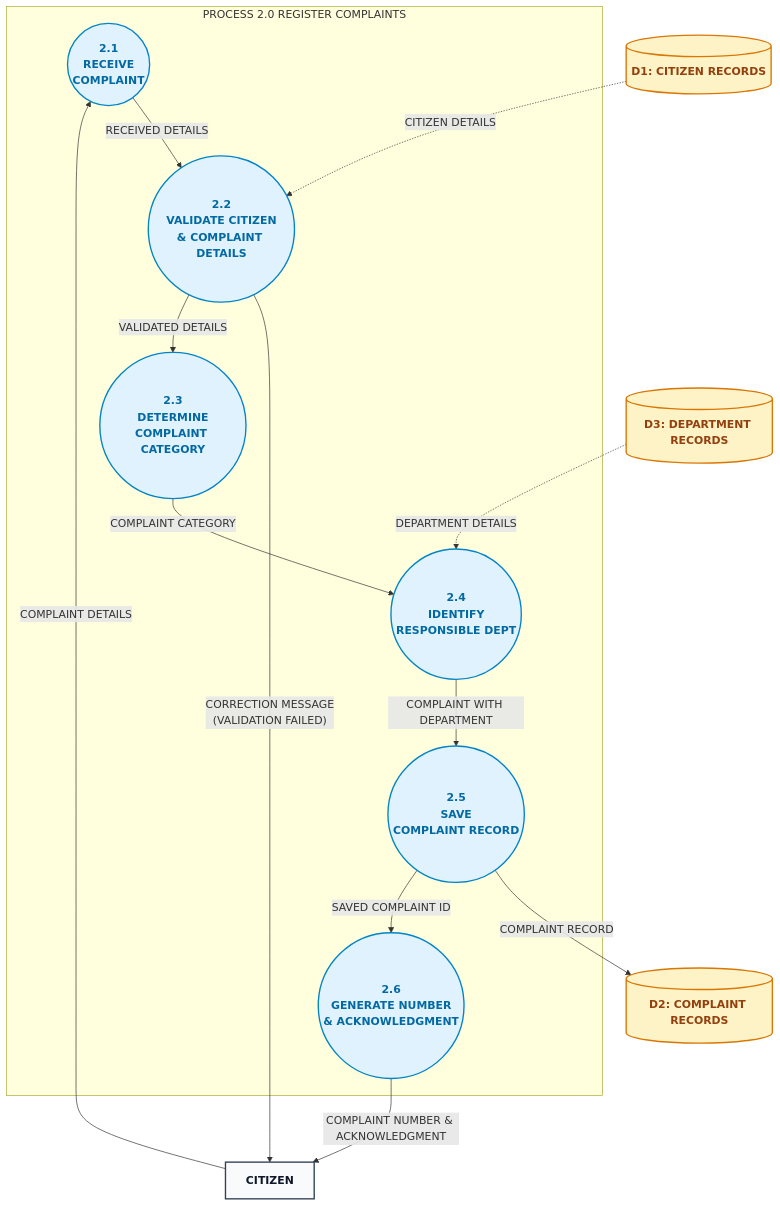
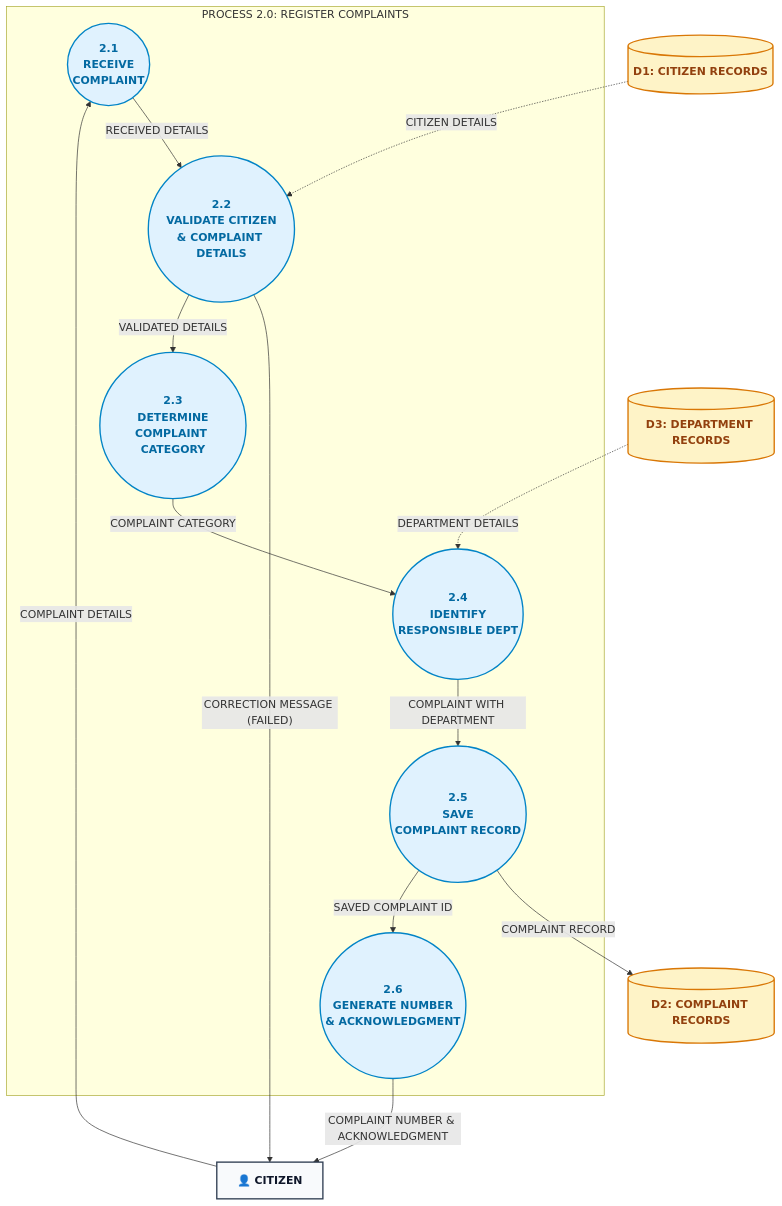
Before and after one commit to Arish026/municipal-complaint-system: the sixth of 6 diagrams in docs/SYSTEM_DIAGRAMS.md, drawn with Mermaid. The commit also changed other lines of this file and 9 other files, not shown here.

Commit message:
docs: separate diagrams into individual files (erd, semantic net, dfd l0-l2) with enhanced mermaid styling

````diff
--- a/docs/SYSTEM_DIAGRAMS.md
+++ b/docs/SYSTEM_DIAGRAMS.md
@@ -424,45 +430,37 @@
 ```mermaid
 flowchart TD
-    %% Boundary
-    subgraph P2["PROCESS 2.0 REGISTER COMPLAINTS"]
+    subgraph P2 ["PROCESS 2.0: REGISTER COMPLAINTS"]
         P2_1(("2.1<br/>RECEIVE<br/>COMPLAINT"))
         P2_2(("2.2<br/>VALIDATE CITIZEN<br/>& COMPLAINT DETAILS"))
         P2_3(("2.3<br/>DETERMINE<br/>COMPLAINT CATEGORY"))
         P2_4(("2.4<br/>IDENTIFY<br/>RESPONSIBLE DEPT"))
         P2_5(("2.5<br/>SAVE<br/>COMPLAINT RECORD"))
         P2_6(("2.6<br/>GENERATE NUMBER<br/>& ACKNOWLEDGMENT"))
     end
 
-    %% External Entities
-    CITIZEN["CITIZEN"]
-
-    %% Data Stores
+    CITIZEN["👤 CITIZEN"]
     D1[("D1: CITIZEN RECORDS")]
     D3[("D3: DEPARTMENT RECORDS")]
     D2[("D2: COMPLAINT RECORDS")]
 
-    %% Flows
     CITIZEN -- "COMPLAINT DETAILS" --> P2_1
     P2_1 -- "RECEIVED DETAILS" --> P2_2
     D1 -. "CITIZEN DETAILS" .-> P2_2
 
-    P2_2 -- "CORRECTION MESSAGE<br/>(VALIDATION FAILED)" --> CITIZEN
+    P2_2 -- "CORRECTION MESSAGE (FAILED)" --> CITIZEN
     P2_2 -- "VALIDATED DETAILS" --> P2_3
-
     P2_3 -- "COMPLAINT CATEGORY" --> P2_4
     D3 -. "DEPARTMENT DETAILS" .-> P2_4
-
     P2_4 -- "COMPLAINT WITH DEPARTMENT" --> P2_5
     P2_5 -- "COMPLAINT RECORD" --> D2
     P2_5 -- "SAVED COMPLAINT ID" --> P2_6
-
     P2_6 -- "COMPLAINT NUMBER & ACKNOWLEDGMENT" --> CITIZEN
 
     classDef entity fill:#f8fafc,stroke:#334155,stroke-width:2px,color:#0f172a,font-weight:bold;
     classDef process fill:#e0f2fe,stroke:#0284c7,stroke-width:2px,color:#0369a1,font-weight:bold;
     classDef store fill:#fef3c7,stroke:#d97706,stroke-width:2px,color:#92400e,font-weight:bold;
 
     class CITIZEN entity;
     class P2_1,P2_2,P2_3,P2_4,P2_5,P2_6 process;
     class D1,D2,D3 store;
 ```
````
